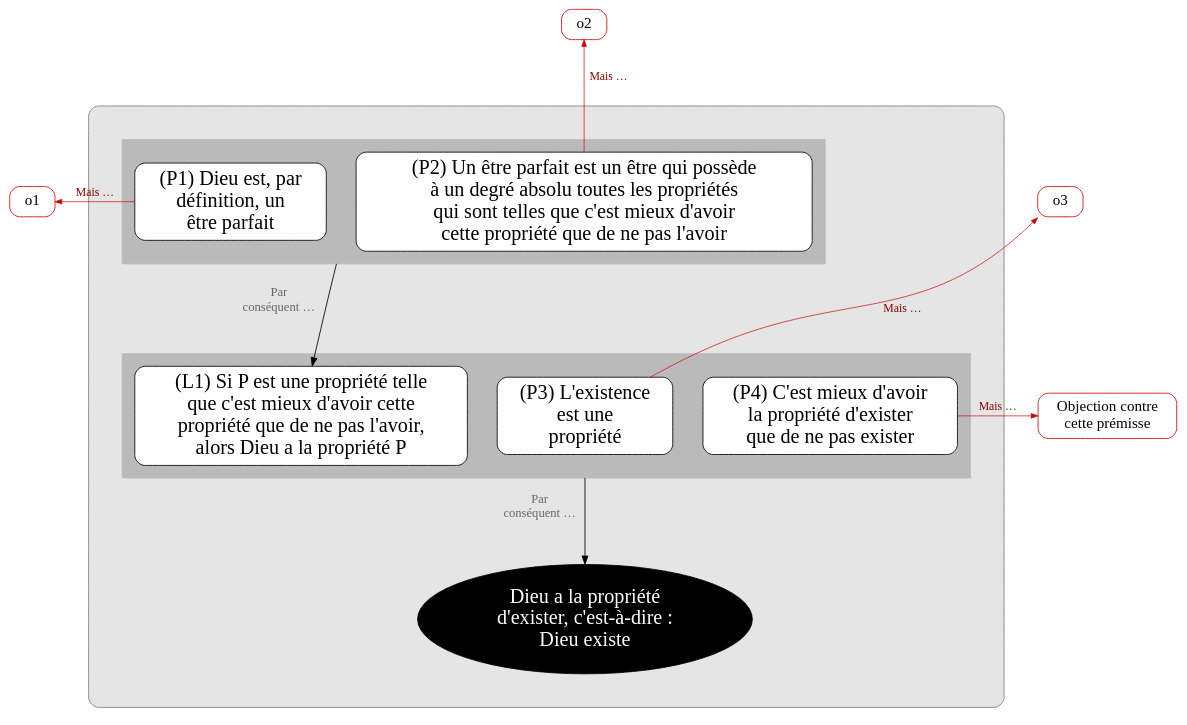
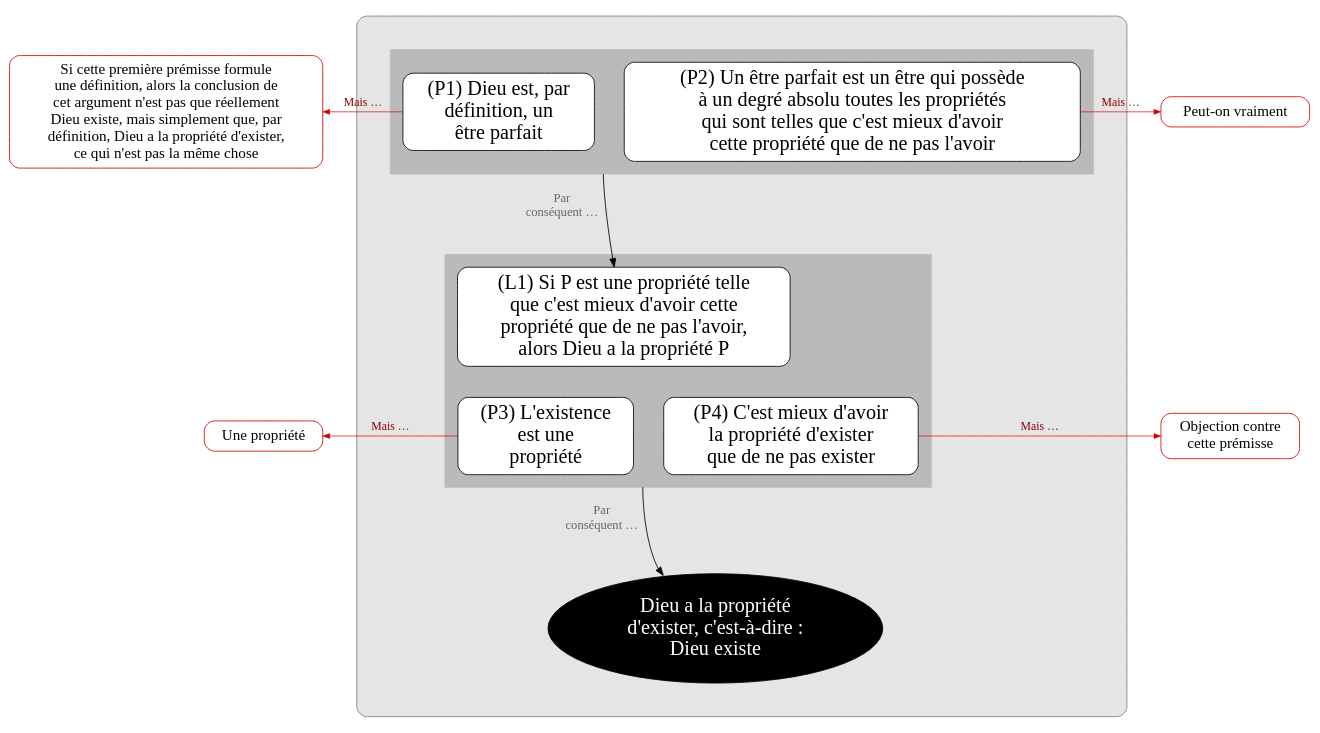
The diagram in argument/argument-ontologique1.dot (eyssette/graphviz-examples), drawn with Graphviz before and after one commit.

```diff
--- a/argument/argument-ontologique1.dot
+++ b/argument/argument-ontologique1.dot
@@ -1,93 +1,96 @@
 digraph G {
 splines=true
 newrank=true
 compound=true
 
 
 node[color=red3, style="rounded, filled", shape="box", fillcolor=white, penwidth=1, fontcolor=black, fontsize=18, margin=0.1]
-
-o2[label="o2"]
-o1[label="o1"]
+o1[label="Si cette première prémisse formule
+une définition, alors la conclusion de
+cet argument n'est pas que réellement
+Dieu existe, mais simplement que, par 
+définition, Dieu a la propriété d'exister,
+ce qui n'est pas la même chose"]
+o3[label="Une propriété"]
 
 node[shape=box, fillcolor=white, style="filled,rounded", color=black, fontsize=24, penwidth=1,fontcolor=black, margin=0.1]
 
 edge[minlen=2,color=red3, penwidth=0.8, arrowsize=0.8, label=" Mais …", fontcolor=red4,fontsize=14]
-o2->p2[dir=back]
 {rank=same;o1->p1[dir=back]}
-
+{rank=same;o3->p3[dir=back]}
 
 subgraph cluster_0 {
 bgcolor=grey90
 style=rounded
 color=grey50
 margin=40
 
 
 
 node[shape=box, fillcolor=white, style="filled,rounded", color=black]
 edge[label="",xlabel="Par
 conséquent …",fontcolor=grey40;fontsize=15,minlen=3,color=black,penwidth=1, arrowsize=1]
 
 
 
 subgraph cluster_1 {
 style="box"
 margin=15
 bgcolor=grey73
 color=grey73
 p1[label="(P1) Dieu est, par
 définition, un
 être parfait"]
 
 p2[label="(P2) Un être parfait est un être qui possède
 à un degré absolu toutes les propriétés
 qui sont telles que c'est mieux d'avoir
 cette propriété que de ne pas l'avoir"]
 }
 
 
 subgraph cluster_2 {
 style="box"
 margin=15
 bgcolor=grey73
 color=grey73
 l1[label="(L1) Si P est une propriété telle
 que c'est mieux d'avoir cette
 propriété que de ne pas l'avoir,
 alors Dieu a la propriété P"]
 p3[label="(P3) L'existence
 est une
 propriété"]
 p4[label="(P4) C'est mieux d'avoir
 la propriété d'exister
 que de ne pas exister"]
 }
 
 
-//p1->p2[style=invis,xlabel="",minlen=1]
 {rank=same;p1->p2[style=invis,xlabel="",minlen=1]}
-{rank=same;l1->p3->p4[style=invis,xlabel="",minlen=1]}
+l1->{p3,p4}[style=invis,xlabel="",minlen=1]
+{rank=same;p3->p4[style=invis,xlabel="",minlen=1]}
 
 p2:w->l1[ltail=cluster_1]
 
-p3:s->C[ltail=cluster_2]
+p4:w->C:nw[ltail=cluster_2]
 
-
+vide1[style=invis]
+{rank=same;vide1->C[style=invis, minlen=3]}
 
 C[label="Dieu a la propriété
 d'exister, c'est-à-dire :
 Dieu existe",fillcolor=black, fontcolor=white, color=black, shape=ellipse]
 
 
 }
 
 node[color=red3, style="rounded, filled", shape="box", fillcolor=white, penwidth=1, fontcolor=black, fontsize=18, margin=0.1]
-o2->{o1,o3}[style=invis]
-o3
-{rank=same;p2->o3[style=invis]}
-o3:sw->p3[dir=back]
+
+o2[label="Peut-on vraiment "]
+{rank=same;p2->o2}
 o4[label="Objection contre
 cette prémisse"]
 {rank=same;p4->o4}
 
 }
```
